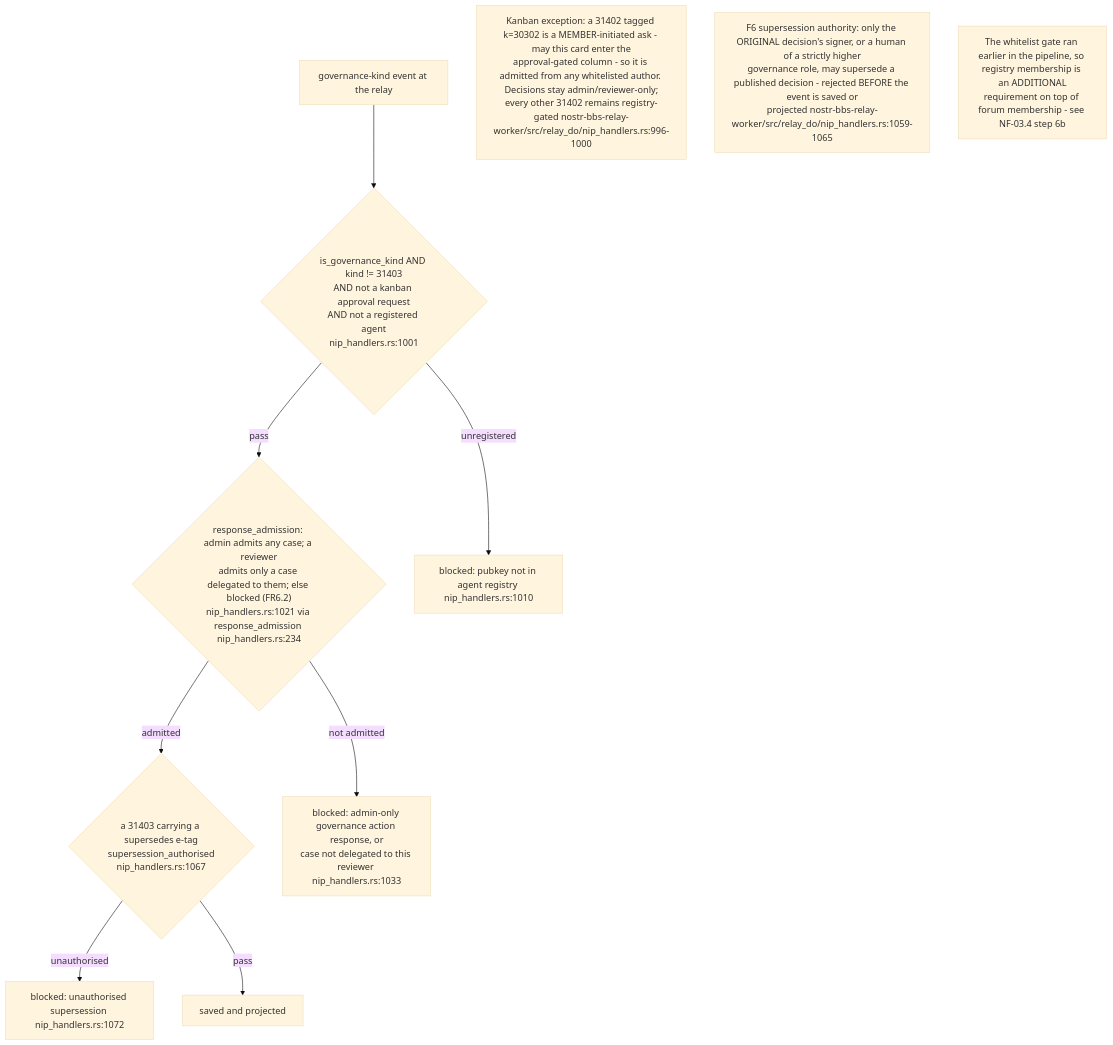
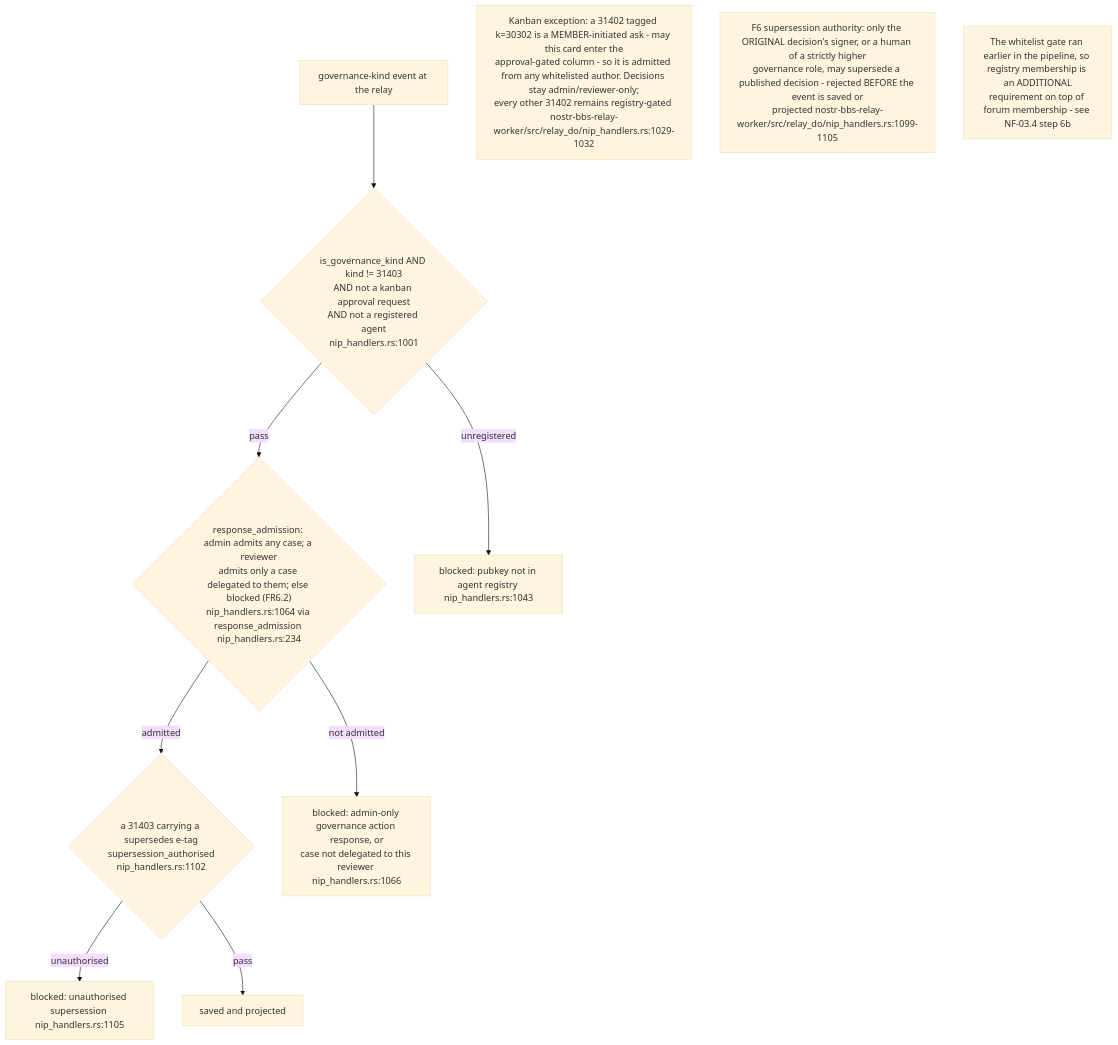
One commit to DreamLab-AI/VisionFlow changed the fourth of 16 diagrams in docs/diagrams/nostr-rust-forum/06-agent-control-surface-31400-31405.md. Above: the diagram before and after it, drawn with Mermaid (base theme). The commit also changed other lines of this file and 111 other files, not shown here.

Commit message:
docs(diagrams): align estate maps with current source

````diff
--- a/docs/diagrams/nostr-rust-forum/06-agent-control-surface-31400-31405.md
+++ b/docs/diagrams/nostr-rust-forum/06-agent-control-surface-31400-31405.md
@@ -116,20 +116,20 @@
 ```mermaid
 flowchart TB
     EV["governance-kind event at the relay"]
     G1{"is_governance_kind AND kind != 31403<br/>AND not a kanban approval request<br/>AND not a registered agent<br/>nip_handlers.rs:1001"}
-    G2{"response_admission: admin admits any case; a reviewer<br/>admits only a case delegated to them; else blocked (FR6.2)<br/>nip_handlers.rs:1021 via response_admission nip_handlers.rs:234"}
-    G3{"a 31403 carrying a supersedes e-tag<br/>supersession_authorised<br/>nip_handlers.rs:1067"}
+    G2{"response_admission: admin admits any case; a reviewer<br/>admits only a case delegated to them; else blocked (FR6.2)<br/>nip_handlers.rs:1064 via response_admission nip_handlers.rs:234"}
+    G3{"a 31403 carrying a supersedes e-tag<br/>supersession_authorised<br/>nip_handlers.rs:1102"}
     OK["saved and projected"]
 
     EV --> G1
-    G1 -->|"unregistered"| B1["blocked: pubkey not in agent registry nip_handlers.rs:1010"]
+    G1 -->|"unregistered"| B1["blocked: pubkey not in agent registry nip_handlers.rs:1043"]
     G1 -->|"pass"| G2
-    G2 -->|"not admitted"| B2["blocked: admin-only governance action response, or<br/>case not delegated to this reviewer nip_handlers.rs:1033"]
+    G2 -->|"not admitted"| B2["blocked: admin-only governance action response, or<br/>case not delegated to this reviewer nip_handlers.rs:1066"]
     G2 -->|"admitted"| G3
-    G3 -->|"unauthorised"| B3["blocked: unauthorised supersession nip_handlers.rs:1072"]
+    G3 -->|"unauthorised"| B3["blocked: unauthorised supersession nip_handlers.rs:1105"]
     G3 -->|"pass"| OK
 
-    N1["Kanban exception: a 31402 tagged k=30302 is a MEMBER-initiated ask - may this card enter the<br/>approval-gated column - so it is admitted from any whitelisted author. Decisions stay admin/reviewer-only;<br/>every other 31402 remains registry-gated nostr-bbs-relay-worker/src/relay_do/nip_handlers.rs:996-1000"]
-    N2["F6 supersession authority: only the ORIGINAL decision's signer, or a human of a strictly higher<br/>governance role, may supersede a published decision - rejected BEFORE the event is saved or<br/>projected nostr-bbs-relay-worker/src/relay_do/nip_handlers.rs:1059-1065"]
+    N1["Kanban exception: a 31402 tagged k=30302 is a MEMBER-initiated ask - may this card enter the<br/>approval-gated column - so it is admitted from any whitelisted author. Decisions stay admin/reviewer-only;<br/>every other 31402 remains registry-gated nostr-bbs-relay-worker/src/relay_do/nip_handlers.rs:1029-1032"]
+    N2["F6 supersession authority: only the ORIGINAL decision's signer, or a human of a strictly higher<br/>governance role, may supersede a published decision - rejected BEFORE the event is saved or<br/>projected nostr-bbs-relay-worker/src/relay_do/nip_handlers.rs:1099-1105"]
     N3["The whitelist gate ran earlier in the pipeline, so registry membership is an ADDITIONAL<br/>requirement on top of forum membership - see NF-03.4 step 6b"]
 ```
````
